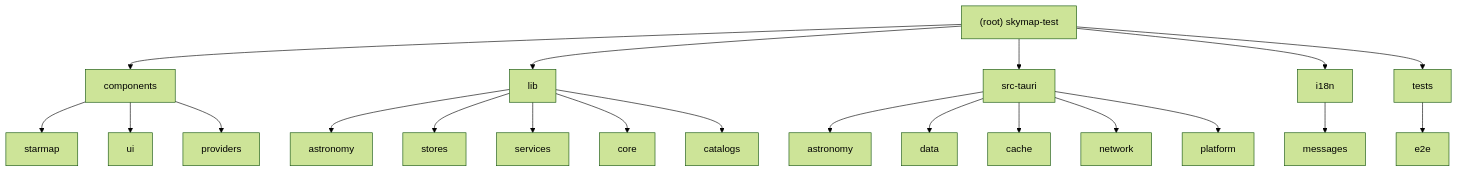
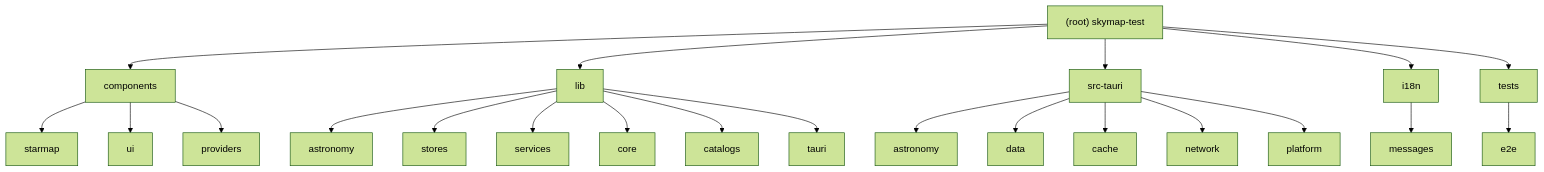
One commit to AstroAir/skymap-test changed the diagram in CLAUDE.md. Above: the diagram before and after it, drawn with Mermaid (forest theme). The commit also changed other lines of this file and 119 other files, not shown here.

````diff
--- a/CLAUDE.md
+++ b/CLAUDE.md
@@ -32,33 +33,35 @@
 ```mermaid
 graph TD
     A["(root) skymap-test"] --> B["components"];
     A --> C["lib"];
     A --> D["src-tauri"];
     A --> E["i18n"];
     A --> F["tests"];
 
     B --> B1["starmap"];
     B --> B2["ui"];
     B --> B3["providers"];
 
     C --> C1["astronomy"];
     C --> C2["stores"];
     C --> C3["services"];
     C --> C4["core"];
     C --> C5["catalogs"];
+    C --> C6["tauri"];
 
     D --> D1["astronomy"];
     D --> D2["data"];
     D --> D3["cache"];
     D --> D4["network"];
     D --> D5["platform"];
 
     E --> E1["messages"];
     F --> F1["e2e"];
 
     click B1 "./components/starmap/CLAUDE.md" "View starmap module documentation"
     click C1 "./lib/astronomy/CLAUDE.md" "View astronomy module documentation"
     click C2 "./lib/stores/CLAUDE.md" "View stores module documentation"
+    click C6 "./lib/tauri/CLAUDE.md" "View tauri-api module documentation"
     click D1 "./src-tauri/src/astronomy/CLAUDE.md" "View Rust astronomy module documentation"
     click D2 "./src-tauri/src/data/CLAUDE.md" "View Rust data module documentation"
 ```
````
